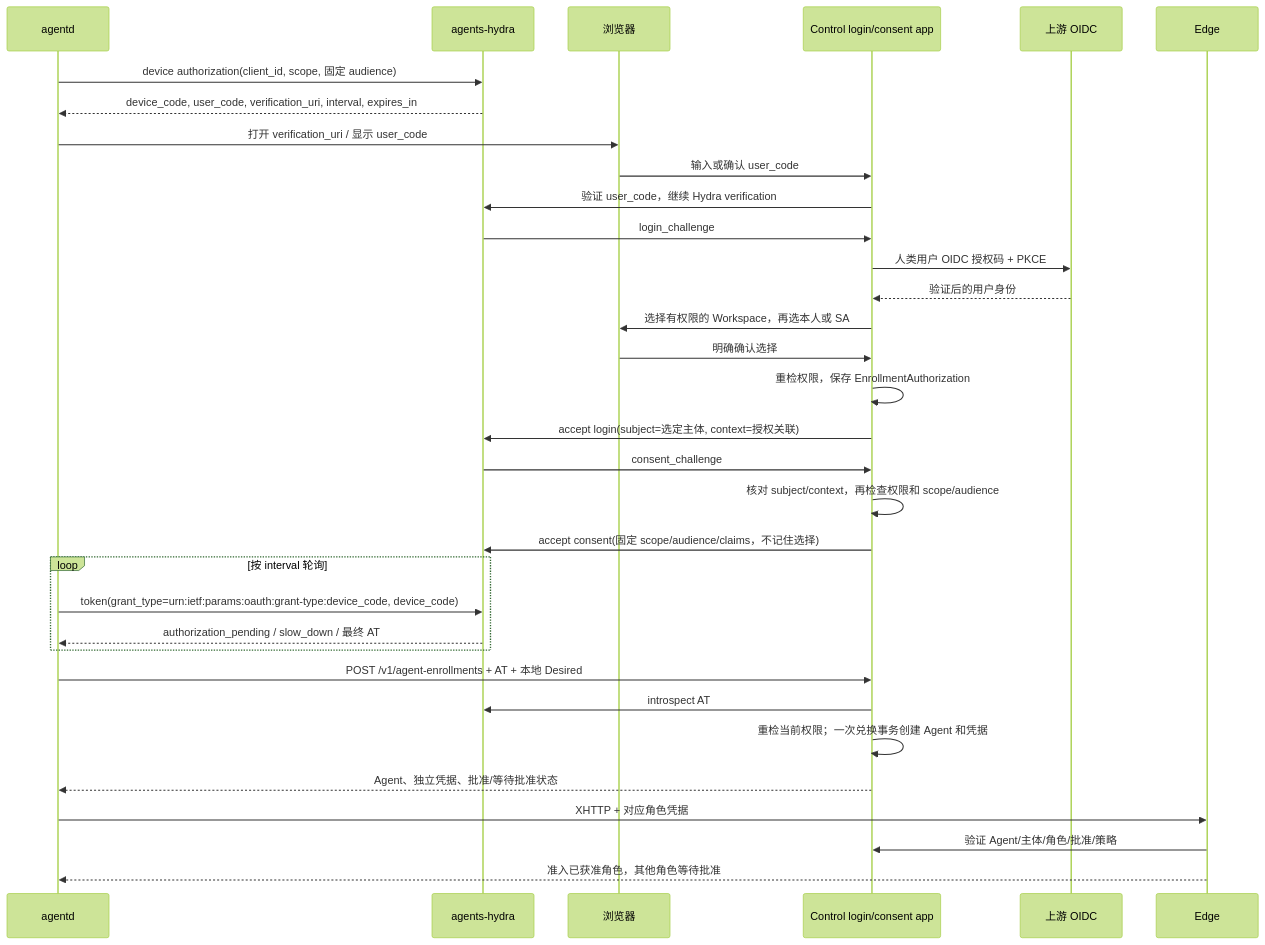
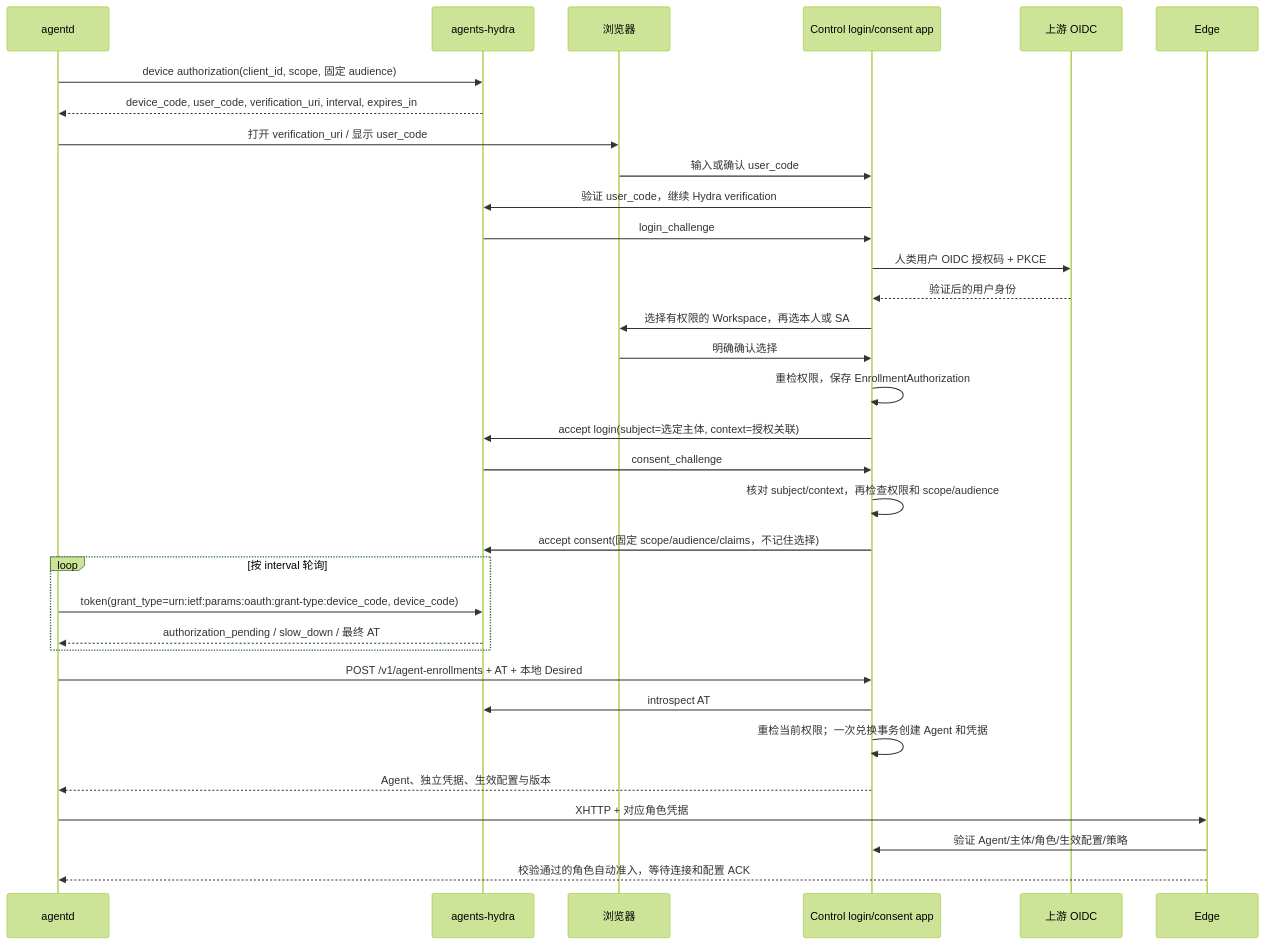
Before and after one commit to Bit-Precise/agents: the second of 2 diagrams in docs/identity-and-device-flow.md, drawn with Mermaid (forest theme). The commit also changed other lines of this file and 4 other files, not shown here.

````diff
--- a/docs/identity-and-device-flow.md
+++ b/docs/identity-and-device-flow.md
@@ -79,35 +81,35 @@
 ```mermaid
 sequenceDiagram
     participant D as agentd
     participant H as agents-hydra
     participant B as 浏览器
     participant C as Control login/consent app
     participant I as 上游 OIDC
     participant E as Edge
     D->>H: device authorization(client_id, scope, 固定 audience)
     H-->>D: device_code, user_code, verification_uri, interval, expires_in
     D->>B: 打开 verification_uri / 显示 user_code
     B->>C: 输入或确认 user_code
     C->>H: 验证 user_code，继续 Hydra verification
     H->>C: login_challenge
     C->>I: 人类用户 OIDC 授权码 + PKCE
     I-->>C: 验证后的用户身份
     C->>B: 选择有权限的 Workspace，再选本人或 SA
     B->>C: 明确确认选择
     C->>C: 重检权限，保存 EnrollmentAuthorization
     C->>H: accept login(subject=选定主体, context=授权关联)
     H->>C: consent_challenge
     C->>C: 核对 subject/context，再检查权限和 scope/audience
     C->>H: accept consent(固定 scope/audience/claims，不记住选择)
     loop 按 interval 轮询
         D->>H: token(grant_type=urn:ietf:params:oauth:grant-type:device_code, device_code)
         H-->>D: authorization_pending / slow_down / 最终 AT
     end
     D->>C: POST /v1/agent-enrollments + AT + 本地 Desired
     C->>H: introspect AT
     C->>C: 重检当前权限；一次兑换事务创建 Agent 和凭据
-    C-->>D: Agent、独立凭据、批准/等待批准状态
+    C-->>D: Agent、独立凭据、生效配置与版本
     D->>E: XHTTP + 对应角色凭据
-    E->>C: 验证 Agent/主体/角色/批准/策略
-    E-->>D: 准入已获准角色，其他角色等待批准
+    E->>C: 验证 Agent/主体/角色/生效配置/策略
+    E-->>D: 校验通过的角色自动准入，等待连接和配置 ACK
 ```
````
